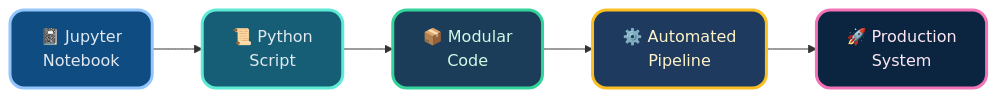
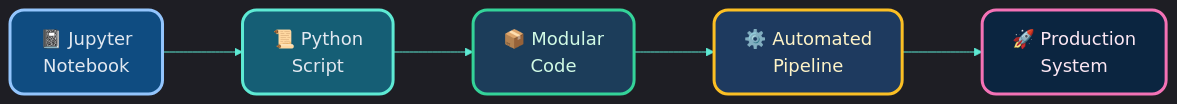
Before and after one commit to MindaugasSarpis/CERN_lessons_on_data_analysis: the first of 2 diagrams in lectures/content/slides/L12_Reproducible_Workflows.md, drawn with Mermaid. The commit also changed 19 other files, not shown here.

````diff
--- a/lectures/content/slides/L12_Reproducible_Workflows.md
+++ b/lectures/content/slides/L12_Reproducible_Workflows.md
@@ -81,22 +81,22 @@
 ```mermaid{scale: 1}
 %%{init: {'theme': 'dark', 'themeVariables': {
   'primaryColor': '#0f1f3d',
   'primaryBorderColor': '#60a5fa',
   'primaryTextColor': '#e2e8f0',
   'secondaryColor': '#102b4c',
   'lineColor': '#5eead4',
   'fontFamily': 'Inter, Segoe UI, sans-serif',
   'fontSize': '18px'
-}, 'flowchart': {'curve': 'basis', 'htmlLabels': true, 'useMaxWidth': False, 'nodeSpacing': 10, 'rankSpacing': 80}}}%%
+}, 'flowchart': {'curve': 'basis', 'htmlLabels': true, 'useMaxWidth': false, 'nodeSpacing': 10, 'rankSpacing': 80}}}%%
 flowchart LR
     A["📓 Jupyter<br/>Notebook"]:::stage1 --> B["📜 Python<br/>Script"]:::stage2
     B --> C["📦 Modular <br/>Code"]:::stage3
     C --> D["⚙️ Automated<br/>Pipeline"]:::stage4
     D --> E["🚀 Production<br/>System"]:::stage5
 
     classDef stage1 fill:#0f4c81,stroke:#93c5fd,stroke-width:3px,color:#e2e8f0,rx:14px,ry:14px
     classDef stage2 fill:#155e75,stroke:#5eead4,stroke-width:3px,color:#e2e8f0,rx:14px,ry:14px
     classDef stage3 fill:#1c3d5a,stroke:#34d399,stroke-width:3px,color:#d1fae5,rx:14px,ry:14px
     classDef stage4 fill:#1e3a5f,stroke:#fbbf24,stroke-width:3px,color:#fef3c7,rx:14px,ry:14px
     classDef stage5 fill:#0b2540,stroke:#f472b6,stroke-width:3px,color:#fce7f3,rx:14px,ry:14px
 ```
````
